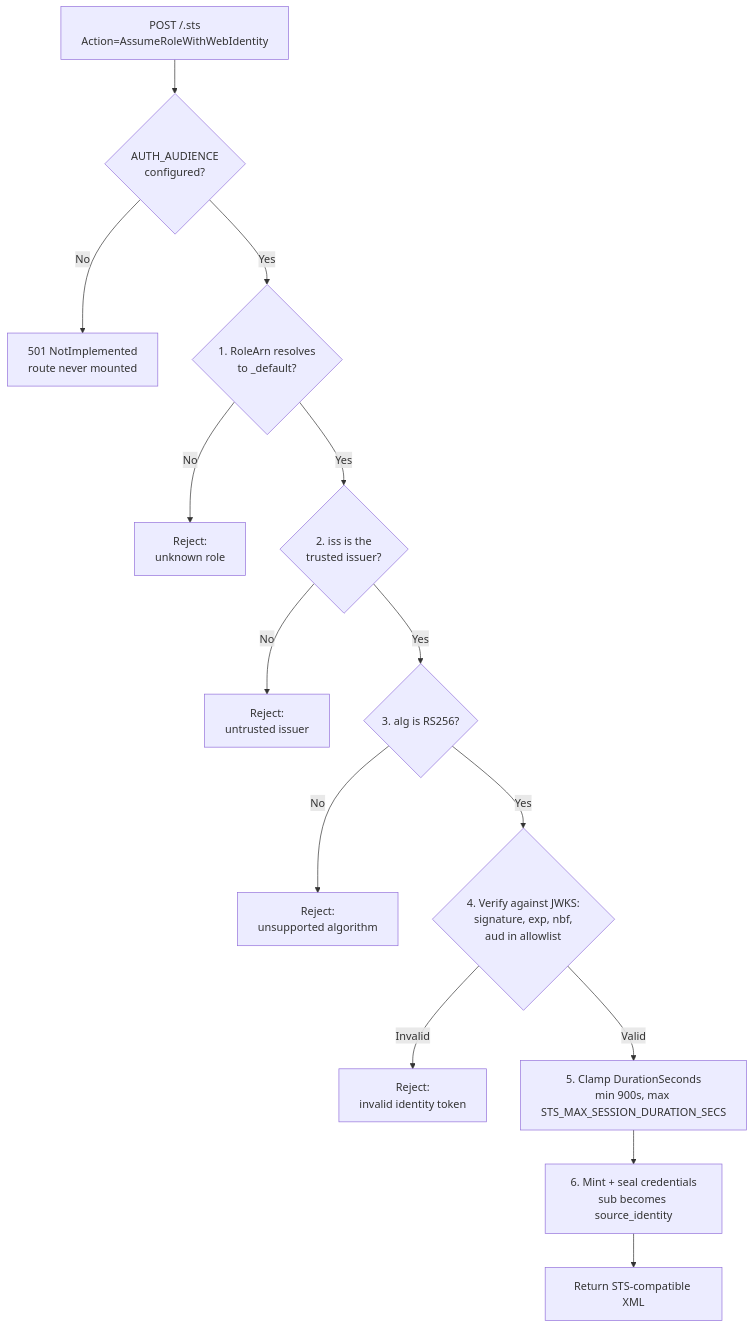
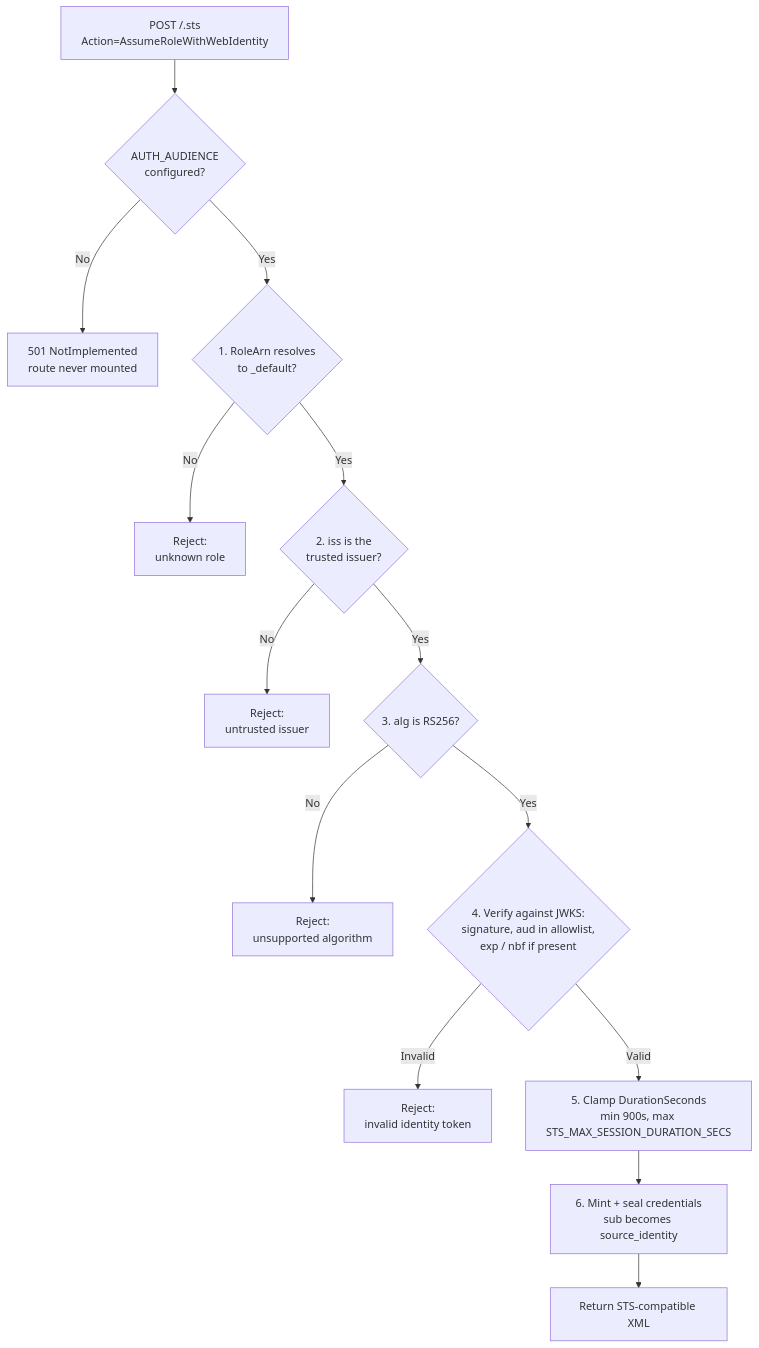
One commit to source-cooperative/data.source.coop changed the diagram in adrs/004-sts.md. Above: the diagram before and after it, drawn with Mermaid. The commit also changed other lines of this file and 7 other files, not shown here.

````diff
--- a/adrs/004-sts.md
+++ b/adrs/004-sts.md
@@ -89,16 +95,16 @@
 ```mermaid
 flowchart TD
     Start["POST /.sts<br />Action=AssumeRoleWithWebIdentity"] --> Cfg{"AUTH_AUDIENCE<br />configured?"}
     Cfg -- No --> Disabled["501 NotImplemented<br />route never mounted"]
     Cfg -- Yes --> Role{"1. RoleArn resolves<br />to _default?"}
     Role -- No --> R1["Reject:<br />unknown role"]
     Role -- Yes --> Iss{"2. iss is the<br />trusted issuer?"}
     Iss -- No --> R2["Reject:<br />untrusted issuer"]
     Iss -- Yes --> Alg{"3. alg is RS256?"}
     Alg -- No --> R3["Reject:<br />unsupported algorithm"]
-    Alg -- Yes --> Verify{"4. Verify against JWKS:<br />signature, exp, nbf,<br />aud in allowlist"}
+    Alg -- Yes --> Verify{"4. Verify against JWKS:<br />signature, aud in allowlist,<br />exp / nbf if present"}
     Verify -- Invalid --> R4["Reject:<br />invalid identity token"]
     Verify -- Valid --> Clamp["5. Clamp DurationSeconds<br />min 900s, max STS_MAX_SESSION_DURATION_SECS"]
     Clamp --> Mint["6. Mint + seal credentials<br />sub becomes source_identity"]
     Mint --> Return["Return STS-compatible XML"]
 ```
````
